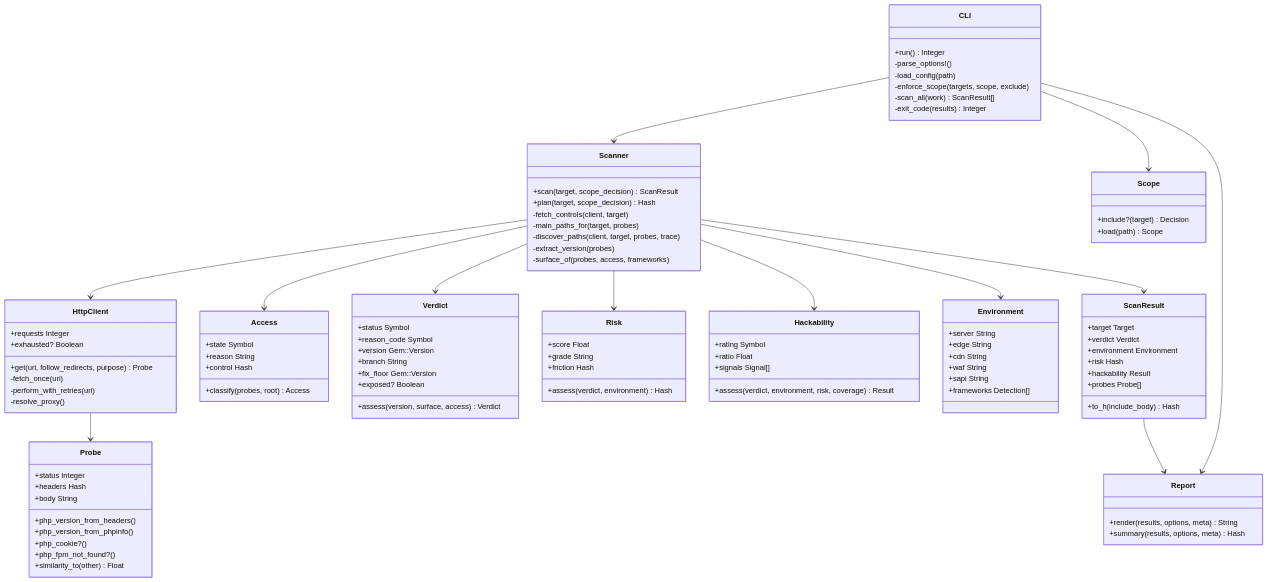
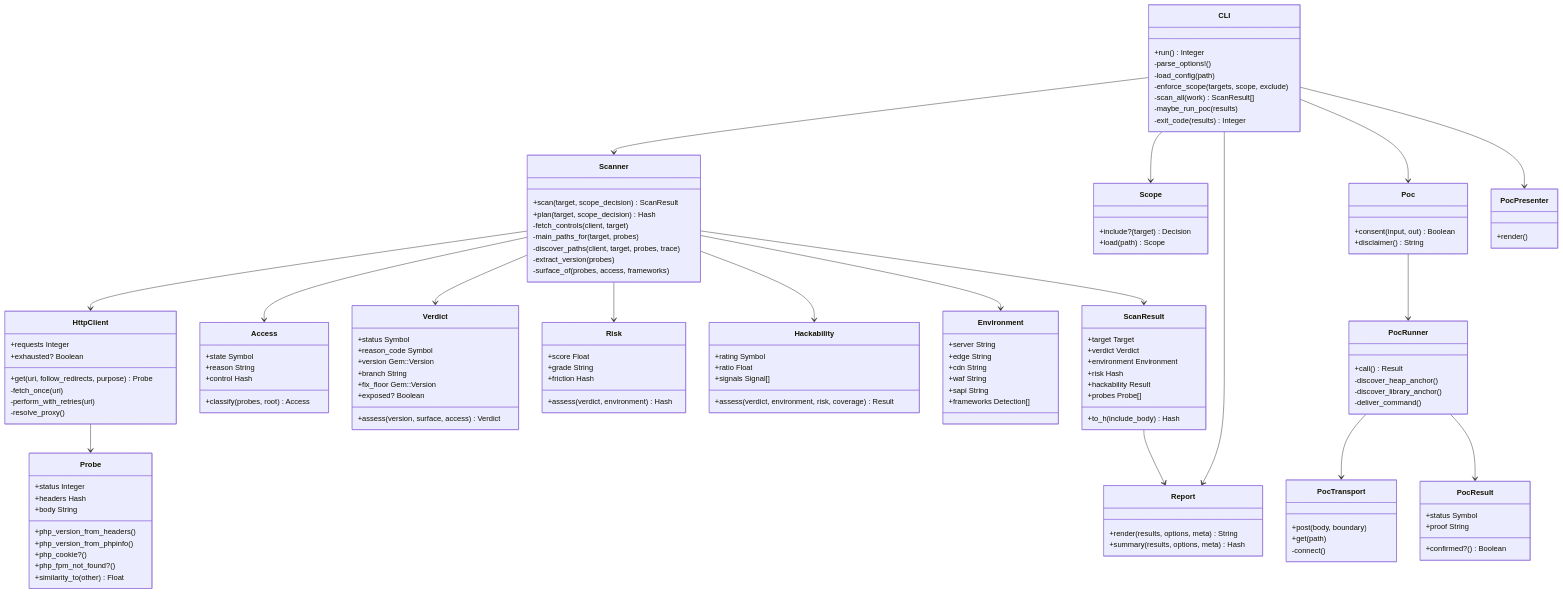
One commit to ctkqiang/PHP2ShellPOC2026 changed the third of 4 diagrams in docs/UML.md. Above: the diagram before and after it, drawn with Mermaid. The commit also changed other lines of this file and 30 other files, not shown here.

```diff
--- a/docs/UML.md
+++ b/docs/UML.md
@@ -65,6 +102,7 @@
         -load_config(path)
         -enforce_scope(targets, scope, exclude)
         -scan_all(work) ScanResult[]
+        -maybe_run_poc(results)
         -exit_code(results) Integer
     }
 
@@ -153,6 +191,34 @@
         +summary(results, options, meta) Hash
     }
 
+    class Poc {
+        +consent(input, out) Boolean
+        +disclaimer() String
+    }
+
+    class PocRunner {
+        +call() Result
+        -discover_heap_anchor()
+        -discover_library_anchor()
+        -deliver_command()
+    }
+
+    class PocTransport {
+        +post(body, boundary)
+        +get(path)
+        -connect()
+    }
+
+    class PocResult {
+        +status Symbol
+        +proof String
+        +confirmed?() Boolean
+    }
+
+    class PocPresenter {
+        +render()
+    }
+
     class Scope {
         +include?(target) Decision
         +load(path) Scope
@@ -161,6 +227,11 @@
     CLI --> Scanner
     CLI --> Scope
     CLI --> Report
+    CLI --> Poc
+    Poc --> PocRunner
+    PocRunner --> PocTransport
+    PocRunner --> PocResult
+    CLI --> PocPresenter
     Scanner --> HttpClient
     HttpClient --> Probe
     Scanner --> Access
```
